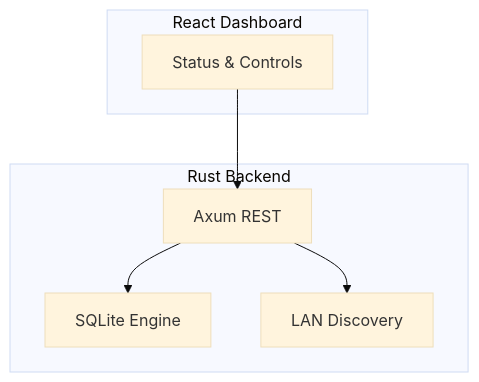
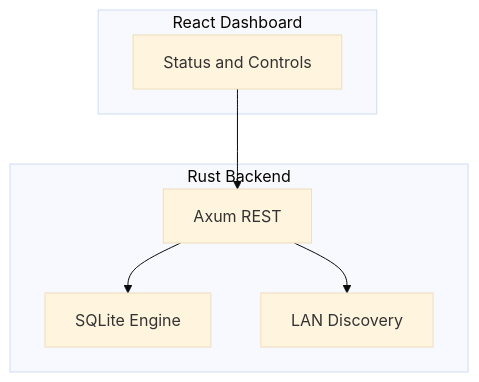
The third of 3 diagrams in README.md (Garletz/ADBA-ANDROIDATABASE), drawn with Mermaid (base theme) before and after one commit. The commit also changed other lines of this file, not shown here.

Commit message:
docs: Add simplified concept diagram

````diff
--- a/README.md
+++ b/README.md
@@ -47,16 +77,16 @@
 ```mermaid
 flowchart TB
     subgraph Frontend["React Dashboard"]
-        UI["Status & Controls"]
+        UI["Status and Controls"]
     end
     
     subgraph Backend["Rust Backend"]
         Server["Axum REST"]
         DB["SQLite Engine"]
-        mDNS["LAN Discovery"]
+        Discovery["LAN Discovery"]
     end
     
     UI --> Server
     Server --> DB
-    Server --> mDNS
+    Server --> Discovery
 ```
````
